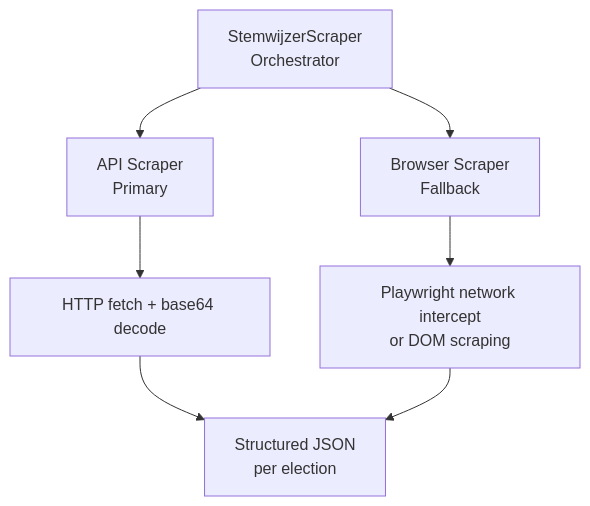
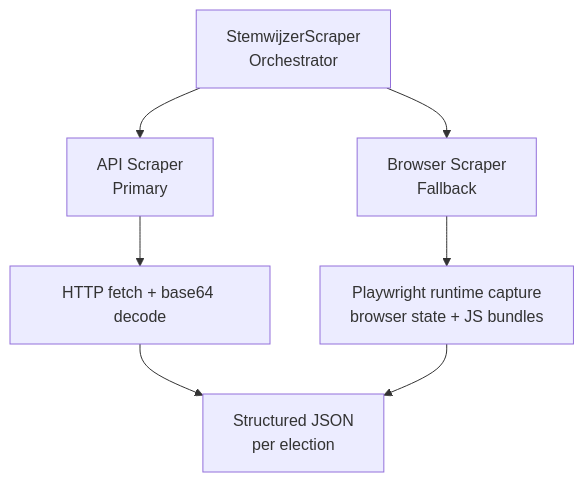
Before and after one commit to rhnfzl/nl-voting-data-scraper: the diagram in README.md, drawn with Mermaid. The commit also changed other lines of this file and 15 other files, not shown here.

````diff
--- a/README.md
+++ b/README.md
@@ -96,9 +128,9 @@
 ```mermaid
 graph TD
     A[StemwijzerScraper\nOrchestrator] --> B[API Scraper\nPrimary]
     A --> C[Browser Scraper\nFallback]
     B --> D[HTTP fetch + base64 decode]
-    C --> E[Playwright network intercept\nor DOM scraping]
+    C --> E[Playwright runtime capture\nbrowser state + JS bundles]
     D --> F[Structured JSON\nper election]
     E --> F
 ```
````
